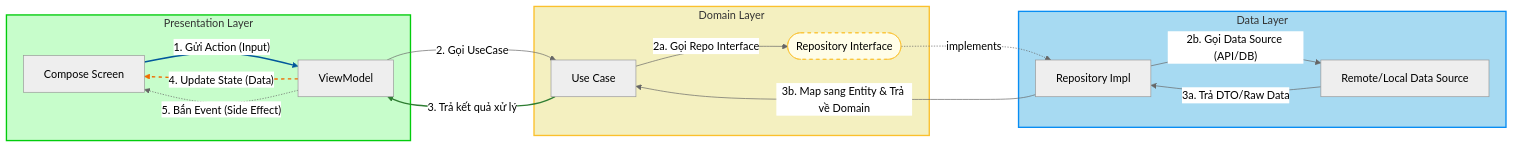
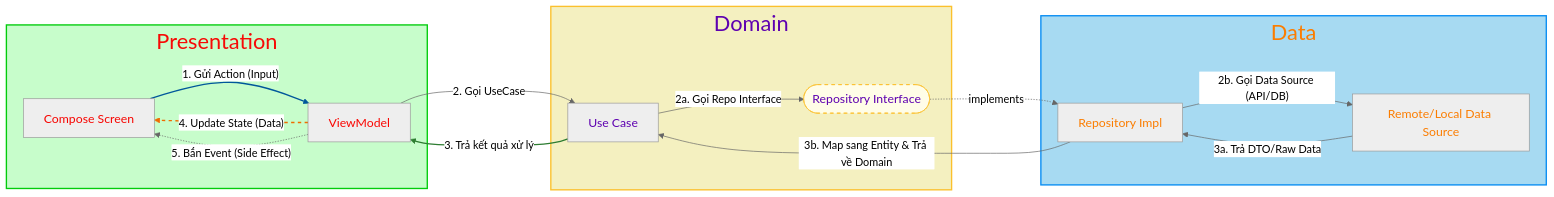
One commit to DanhDue/android_digital_wallet changed the diagram in ARCHITECTURE.md. Above: the diagram before and after it, drawn with Mermaid (neutral theme). The commit also changed 1 other file, not shown here.

Commit message:
reformat data flow diagram.

````diff
--- a/ARCHITECTURE.md
+++ b/ARCHITECTURE.md
@@ -22,58 +22,63 @@
 ```mermaid
+%%{init: {'flowchart': {'subGraphTitleMargin': 40, 'diagramPadding': 30}}}%%
 graph LR
     %% --- ĐỊNH NGHĨA CÁC LỚP (LAYERS) ---
-    subgraph Presentation_Layer [Presentation Layer]
-        View[Compose Screen]
-        ViewModel[ViewModel]
+    subgraph Presentation_Layer ["<font size='6' color='#F70A06'>Presentation</font>"]
+        p_pad[ ]:::hidden
+        View["<font size='4' color='#F70400'>Compose Screen</font>"]
+        ViewModel["<font size='4' color='#FA0501'>ViewModel</font>"]
     end
 
-    subgraph Domain_Layer [Domain Layer]
-        UseCase[Use Case]
+    subgraph Domain_Layer ["<font size='6' color='#5E01B0'>Domain</font>"]
+        dom_pad[ ]:::hidden
+        UseCase["<font size='4' color='#5E01B0'>Use Case</font>"]
         %% Interface nằm ở Domain để đảm bảo Dependency Rule
-        RepoInterface([Repository Interface])
+        RepoInterface(["<font size='4' color='#5E01B0'>Repository Interface</font>"])
     end
 
-    subgraph Data_Layer [Data Layer]
+    subgraph Data_Layer ["<font size='6' color='#FB7D00'>Data</font>"]
+        data_pad[ ]:::hidden
         %% Impl nằm ở Data, phụ thuộc vào Interface ở Domain
-        RepoImpl[Repository Impl]
-        DataSource[Remote/Local Data Source]
+        RepoImpl["<font size='4' color='#FB7D00'>Repository Impl</font>"]
+        DataSource["<font size='4' color='#FB7D00'>Remote/Local Data Source</font>"]
     end
 
     %% --- LUỒNG DỮ LIỆU (DATA FLOW) ---
 
     %% Bước 1: Từ UI đi xuống
     View -- "1. Gửi Action (Input)" --> ViewModel
     ViewModel -- "2. Gọi UseCase" --> UseCase
     UseCase -- "2a. Gọi Repo Interface" --> RepoInterface
 
     %% Mũi tên nét đứt thể hiện việc Implementation (Data) thực thi Interface (Domain)
     RepoInterface -. "implements" .-> RepoImpl
     RepoImpl -- "2b. Gọi Data Source (API/DB)" --> DataSource
 
     %% Bước 2: Từ Data trả ngược lên
     DataSource -- "3a. Trả DTO/Raw Data" --> RepoImpl
     RepoImpl -- "3b. Map sang Entity & Trả về Domain" --> UseCase
     UseCase -- "3. Trả kết quả xử lý" --> ViewModel
 
     %% Bước 3: Cập nhật UI
     ViewModel -- "4. Update State (Data)" --> View
     ViewModel -. "5. Bắn Event (Side Effect)" .-> View
 
     %% --- STYLING (Làm đẹp) ---
     classDef action fill:#e1f5fe,stroke:#01579b,stroke-width:2px,color:#01579b;
     classDef state fill:#e8f5e9,stroke:#2e7d32,stroke-width:2px,color:#2e7d32;
     classDef event fill:#fff3e0,stroke:#ef6c00,stroke-width:2px,color:#ef6c00,stroke-dasharray: 5 5;
     classDef interface fill:#fffde7,stroke:#fbc02d,stroke-width:1px,stroke-dasharray: 5 5;
+    classDef hidden fill:none,stroke:none,color:none;
 
     %% Áp dụng style cho các node đặc biệt nếu cần (ví dụ Interface)
     class RepoInterface interface;
     style Presentation_Layer fill:#C7FDCB,stroke:#02CC0C,stroke-width:2px;
     style Data_Layer fill:#A7DAF2,stroke:#088DF3,stroke-width:2px;
     style Domain_Layer fill:#F4F0C0,stroke:#fbc02d,stroke-width:2px;
 
     %% Tô màu các mũi tên quan trọng ở Presentation Layer để dễ nhìn
     linkStyle 0 stroke:#01579b,stroke-width:2px;
     linkStyle 7 stroke:#2e7d32,stroke-width:2px;
     linkStyle 8 stroke:#ef6c00,stroke-width:2px,stroke-dasharray: 5 5;
 
 ```
````
